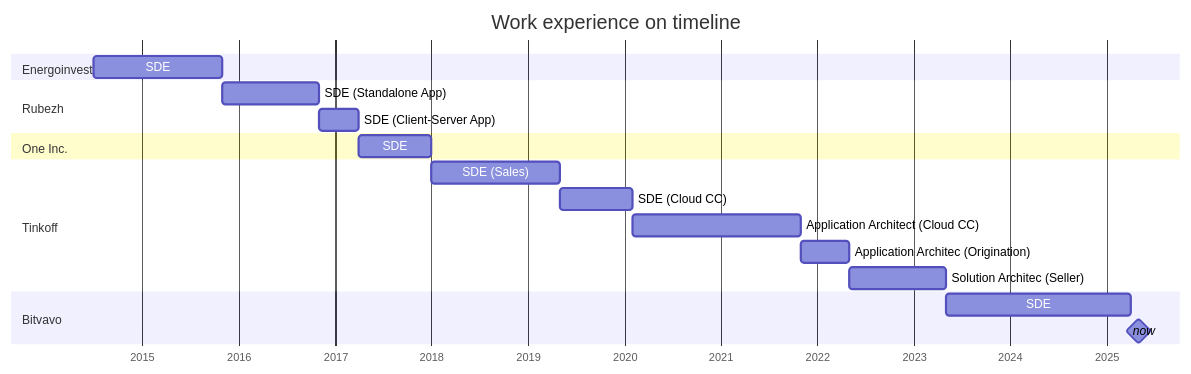
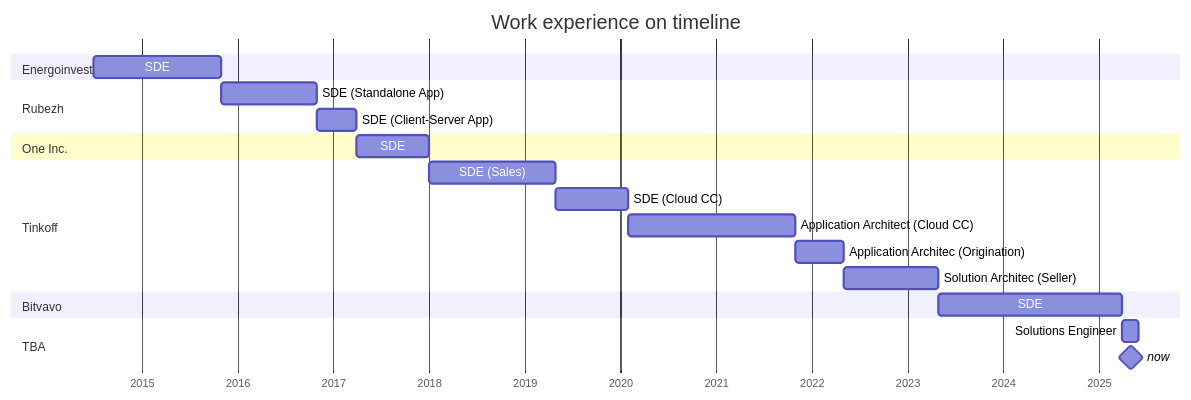
One commit to vladar107/vladar107 changed the diagram in cv.md. Above: the diagram before and after it, drawn with Mermaid. The commit also changed other lines of this file, not shown here.

````diff
--- a/cv.md
+++ b/cv.md
@@ -26,28 +26,31 @@
 ```mermaid
 gantt
     title Work experience on timeline
     dateFormat  YYYY-MM
     axisFormat  %Y
     todayMarker stroke-width:5px, opacity:0.75
     
     section Energoinvest
     SDE                                 :sd1, 2014-07, 2015-11
     
     section Rubezh
     SDE (Standalone App)                :sd2, after sd1, 2016-11
     SDE (Client-Server App)             :sd3, after sd2, 2017-04
     
     section One Inc.
     SDE                                 :sd4, after sd3, 2018-01
     
     section Tinkoff
     SDE (Sales)                         :sd5, after sd4, 2019-05
     SDE (Cloud CC)                      :sd6, after sd5, 2020-02
     Application Architect (Cloud CC)    :tl1, after sd6, 2021-11
     Application Architec (Origination)  :tl2, after tl1, 2022-05
     Solution Architec (Seller)          :tl3, after tl2, 2023-05
 
     section Bitvavo
     SDE                                 :sd7, after tl3, 2025-04
+
+    section TBA
+    Solutions Engineer                  :se1, after sd7, 2025-06
     now                                 :milestone, 2025-05, 1s
 ```
````
